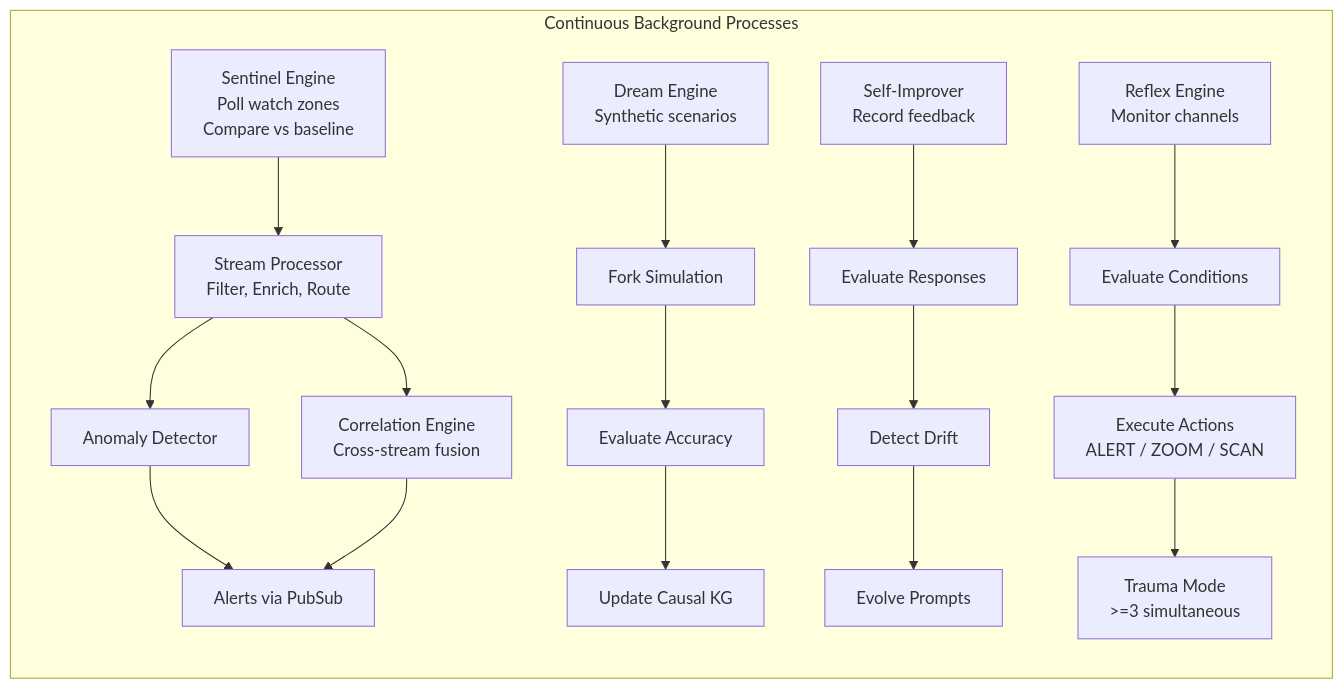
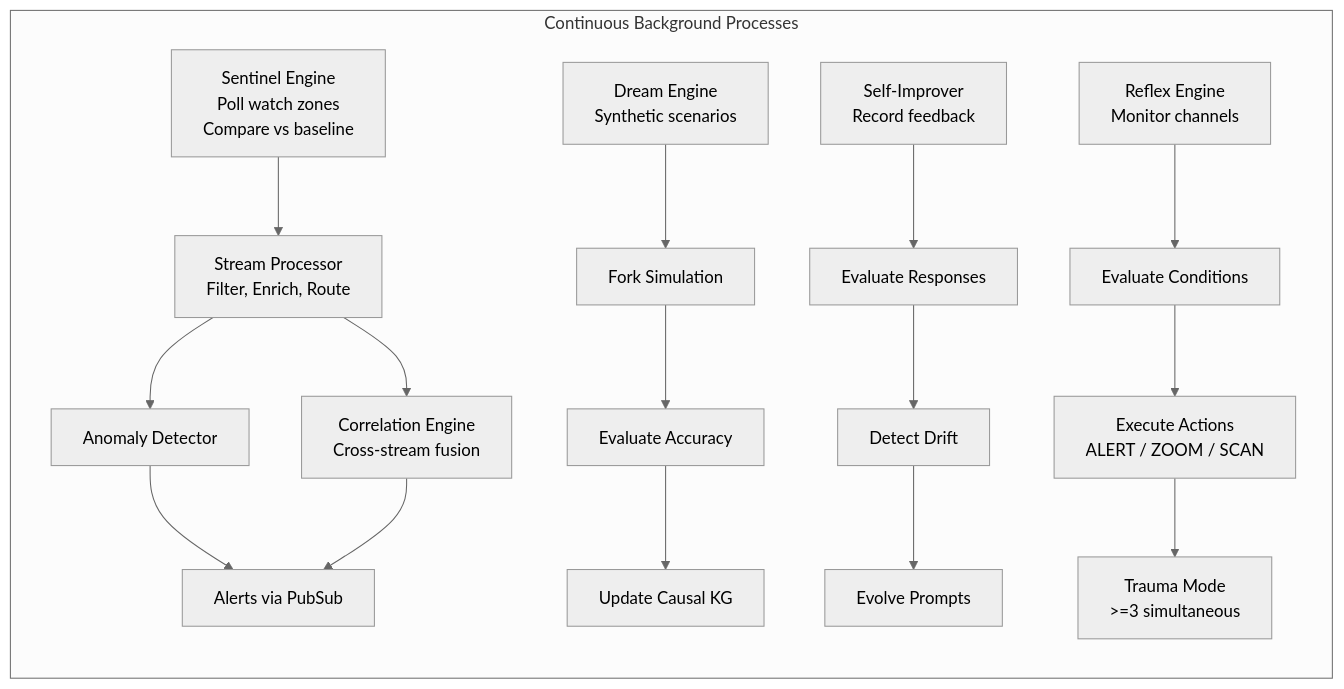
The third of 3 diagrams in README.md (sreyassanker/Terranoetis), drawn with Mermaid before and after one commit. The commit also changed other lines of this file, not shown here.

Commit message:
Set Mermaid theme to neutral for cleaner rendering

````diff
--- a/README.md
+++ b/README.md
@@ -129,22 +131,23 @@
 ```mermaid
+%%{init: {'theme': 'neutral'}}%%
 flowchart LR
     subgraph Continuous["Continuous Background Processes"]
         SE["Sentinel Engine\nPoll watch zones\nCompare vs baseline"] --> SP["Stream Processor\nFilter, Enrich, Route"]
         SP --> AD["Anomaly Detector"]
         SP --> CE["Correlation Engine\nCross-stream fusion"]
         AD --> AL["Alerts via PubSub"]
         CE --> AL
 
         DE["Dream Engine\nSynthetic scenarios"] --> FK["Fork Simulation"]
         FK --> EA["Evaluate Accuracy"]
         EA --> KG["Update Causal KG"]
 
         SI["Self-Improver\nRecord feedback"] --> ER["Evaluate Responses"]
         ER --> DD["Detect Drift"]
         DD --> EP["Evolve Prompts"]
 
         REF["Reflex Engine\nMonitor channels"] --> EC["Evaluate Conditions"]
         EC --> AC["Execute Actions\nALERT / ZOOM / SCAN"]
         AC --> TR["Trauma Mode\n>=3 simultaneous"]
     end
 ```
````
